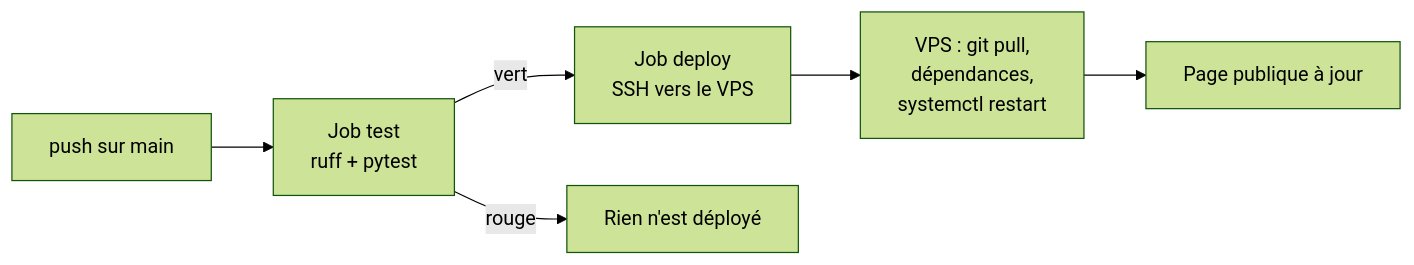
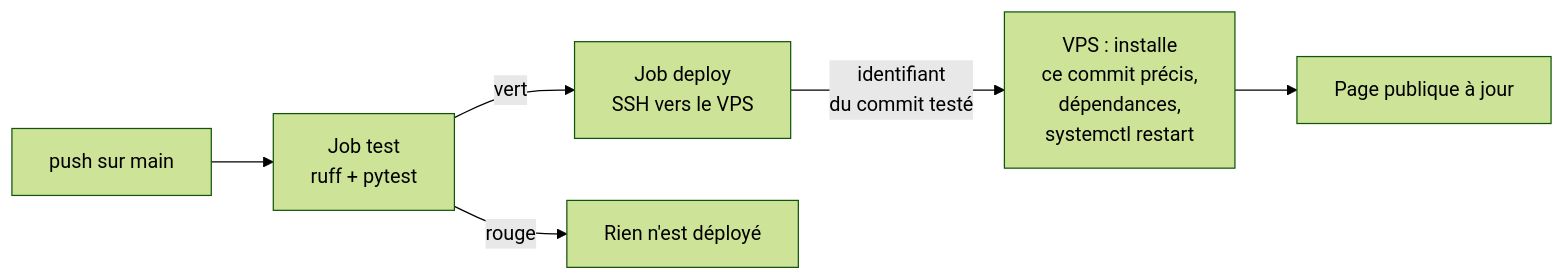
The seventh of 42 diagrams in tuto-goodvibe-vibecoding.md (lecinquiemejour-code/goodvibe-tuto), drawn with Mermaid (forest theme) before and after one commit. The commit also changed other lines of this file and 1 other file, not shown here.

First line of the commit message:
docs(tuto, prd): le serveur installe le commit testé (section 2.6, fiche 13) ; la checklist de sécurité reprend les trois garanties (T10, pas 6)

````diff
--- a/tuto-goodvibe-vibecoding.md
+++ b/tuto-goodvibe-vibecoding.md
@@ -467,8 +467,8 @@
 ```mermaid
 flowchart LR
     P["push sur main"] --> T["Job test<br/>ruff + pytest"]
     T -- "vert" --> D["Job deploy<br/>SSH vers le VPS"]
     T -- "rouge" --> STOP["Rien n'est déployé"]
-    D --> V["VPS : git pull,<br/>dépendances,<br/>systemctl restart"]
+    D -- "identifiant<br/>du commit testé" --> V["VPS : installe<br/>ce commit précis,<br/>dépendances,<br/>systemctl restart"]
     V --> OK["Page publique à jour"]
 ```
````
